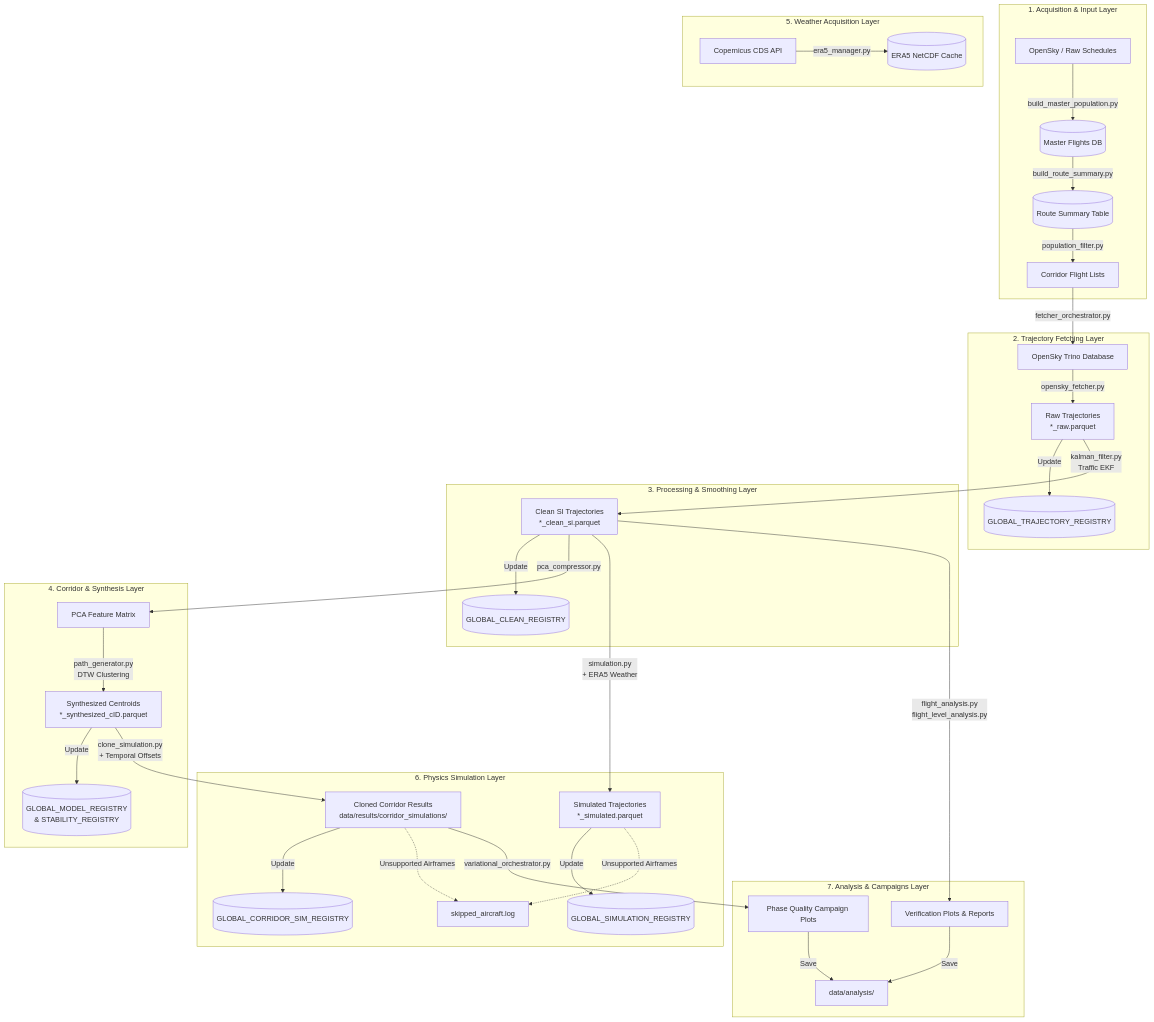
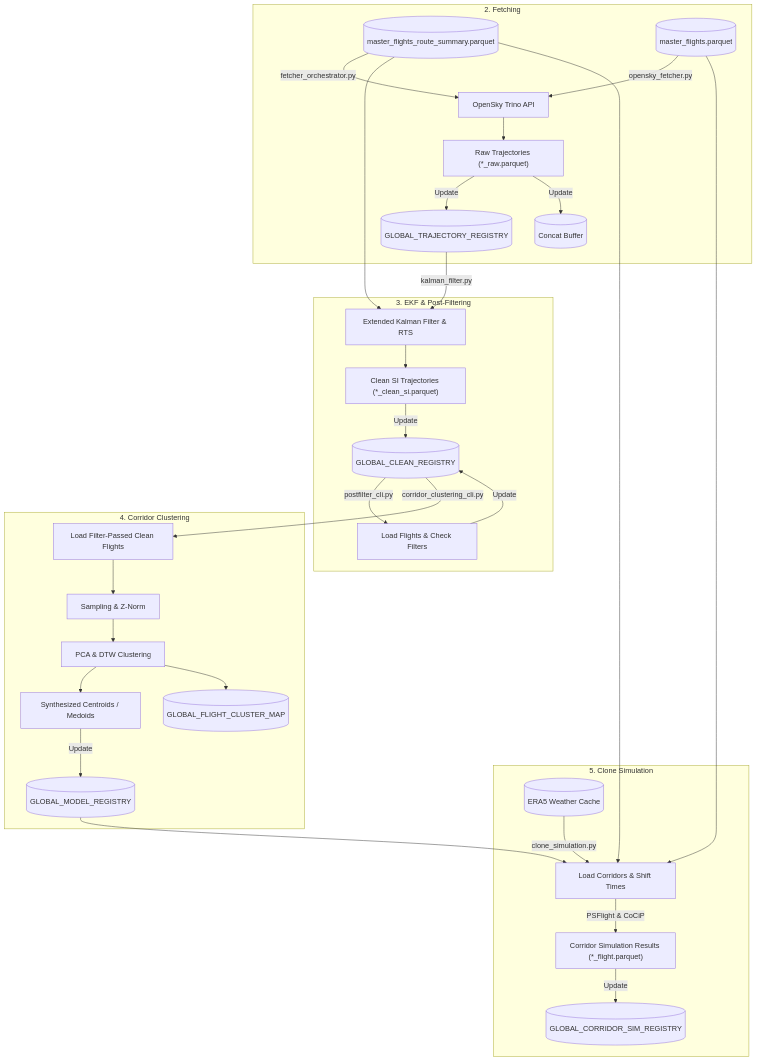
Before and after one commit to Bauzement123/flight-physics-pipeline: the second of 2 diagrams in src/Architecture Blueprint.md, drawn with Mermaid. The commit also changed other lines of this file and 1 other file, not shown here.

Commit message:
docs: restructure flowcharts to 3-part layout, include weather in Part 1, fix CLI args syntax

````diff
--- a/src/Architecture Blueprint.md
+++ b/src/Architecture Blueprint.md
@@ -329,45 +361,39 @@
 ```mermaid
 flowchart TD
-    subgraph Input_Layer ["1. Acquisition & Input Layer"]
-        A[OpenSky / Raw Schedules] -->|build_master_population.py| B[(Master Flights DB)]
-        B -->|build_route_summary.py| C[(Route Summary Table)]
-        C -->|population_filter.py| D[Corridor Flight Lists]
+    subgraph Fetching ["2. Fetching"]
+        D[(master_flights_route_summary.parquet)] -->|fetcher_orchestrator.py| E1[OpenSky Trino API]
+        C[(master_flights.parquet)] -->|opensky_fetcher.py| E1
+        E1 --> E2["Raw Trajectories (*_raw.parquet)"]
+        E2 -->|Update| E3[(GLOBAL_TRAJECTORY_REGISTRY)]
+        E2 -->|Update| E3A[(Concat Buffer)]
     end
 
-    subgraph Fetching_Layer ["2. Trajectory Fetching Layer"]
-        D -->|fetcher_orchestrator.py| E[OpenSky Trino Database]
-        E -->|opensky_fetcher.py| F[Raw Trajectories<br/>*_raw.parquet]
-        F -->|Update| G[(GLOBAL_TRAJECTORY_REGISTRY)]
+    subgraph EKF_PostFilter ["3. EKF & Post-Filtering"]
+        E3 -->|kalman_filter.py| E4[Extended Kalman Filter & RTS]
+        D --> E4
+        E4 --> E5["Clean SI Trajectories (*_clean_si.parquet)"]
+        E5 -->|Update| E6[(GLOBAL_CLEAN_REGISTRY)]
+        
+        E6 -->|postfilter_cli.py| P1[Load Flights & Check Filters]
+        P1 -->|Update| E6
     end
 
-    subgraph Processing_Layer ["3. Processing & Smoothing Layer"]
-        F -->|kalman_filter.py<br/>Traffic EKF| H[Clean SI Trajectories<br/>*_clean_si.parquet]
-        H -->|Update| I[(GLOBAL_CLEAN_REGISTRY)]
+    subgraph Corridor_Synthesis ["4. Corridor Clustering"]
+        E6 -->|corridor_clustering_cli.py| F1[Load Filter-Passed Clean Flights]
+        F1 --> F2[Sampling & Z-Norm]
+        F2 --> F3[PCA & DTW Clustering]
+        
+        F3 --> F4["Synthesized Centroids / Medoids"]
+        F3 --> F5[(GLOBAL_FLIGHT_CLUSTER_MAP)]
+        F4 -->|Update| F6[(GLOBAL_MODEL_REGISTRY)]
     end
 
-    subgraph Corridor_Layer ["4. Corridor & Synthesis Layer"]
-        H -->|pca_compressor.py| J[PCA Feature Matrix]
-        J -->|path_generator.py<br/>DTW Clustering| K[Synthesized Centroids<br/>*_synthesized_cID.parquet]
-        K -->|Update| L[(GLOBAL_MODEL_REGISTRY<br/>& STABILITY_REGISTRY)]
-    end
-
-    subgraph Weather_Layer ["5. Weather Acquisition Layer"]
-        M[Copernicus CDS API] -->|era5_manager.py| N[(ERA5 NetCDF Cache)]
-    end
-
-    subgraph Simulation_Layer ["6. Physics Simulation Layer"]
-        H -->|simulation.py<br/>+ ERA5 Weather| O[Simulated Trajectories<br/>*_simulated.parquet]
-        K -->|clone_simulation.py<br/>+ Temporal Offsets| P[Cloned Corridor Results<br/>data/results/corridor_simulations/]
-        O -->|Update| Q[(GLOBAL_SIMULATION_REGISTRY)]
-        P -->|Update| R[(GLOBAL_CORRIDOR_SIM_REGISTRY)]
-        O -.->|Unsupported Airframes| S[skipped_aircraft.log]
-        P -.->|Unsupported Airframes| S
-    end
-
-    subgraph Analysis_Layer ["7. Analysis & Campaigns Layer"]
-        H -->|flight_analysis.py<br/>flight_level_analysis.py| T[Verification Plots & Reports]
-        P -->|variational_orchestrator.py| U[Phase Quality Campaign Plots]
-        T -->|Save| V[data/analysis/]
-        U -->|Save| V
+    subgraph Physics_Simulation ["5. Clone Simulation"]
+        W1[(ERA5 Weather Cache)] -->|clone_simulation.py| S1[Load Corridors & Shift Times]
+        F6 --> S1
+        C --> S1
+        D --> S1
+        S1 -->|PSFlight & CoCiP| S2["Corridor Simulation Results (*_flight.parquet)"]
+        S2 -->|Update| S3[(GLOBAL_CORRIDOR_SIM_REGISTRY)]
     end
 ```
````
